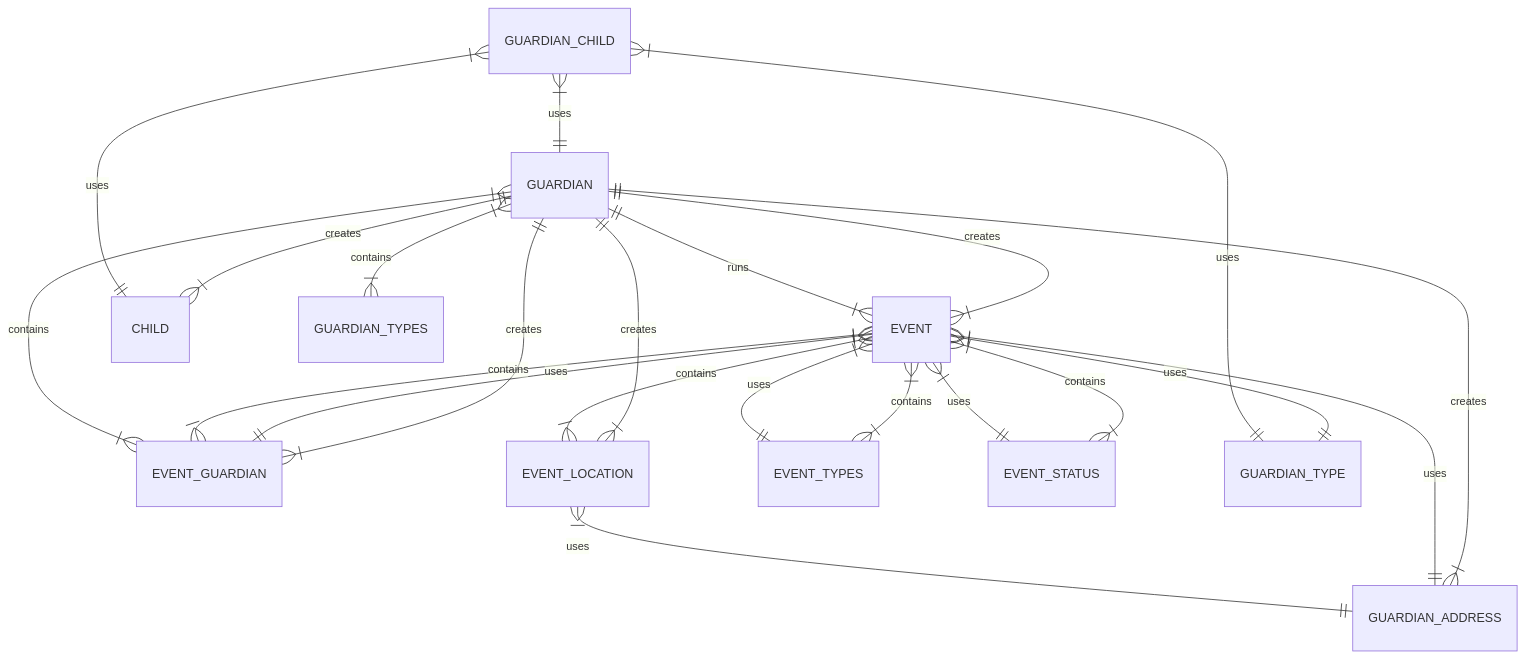
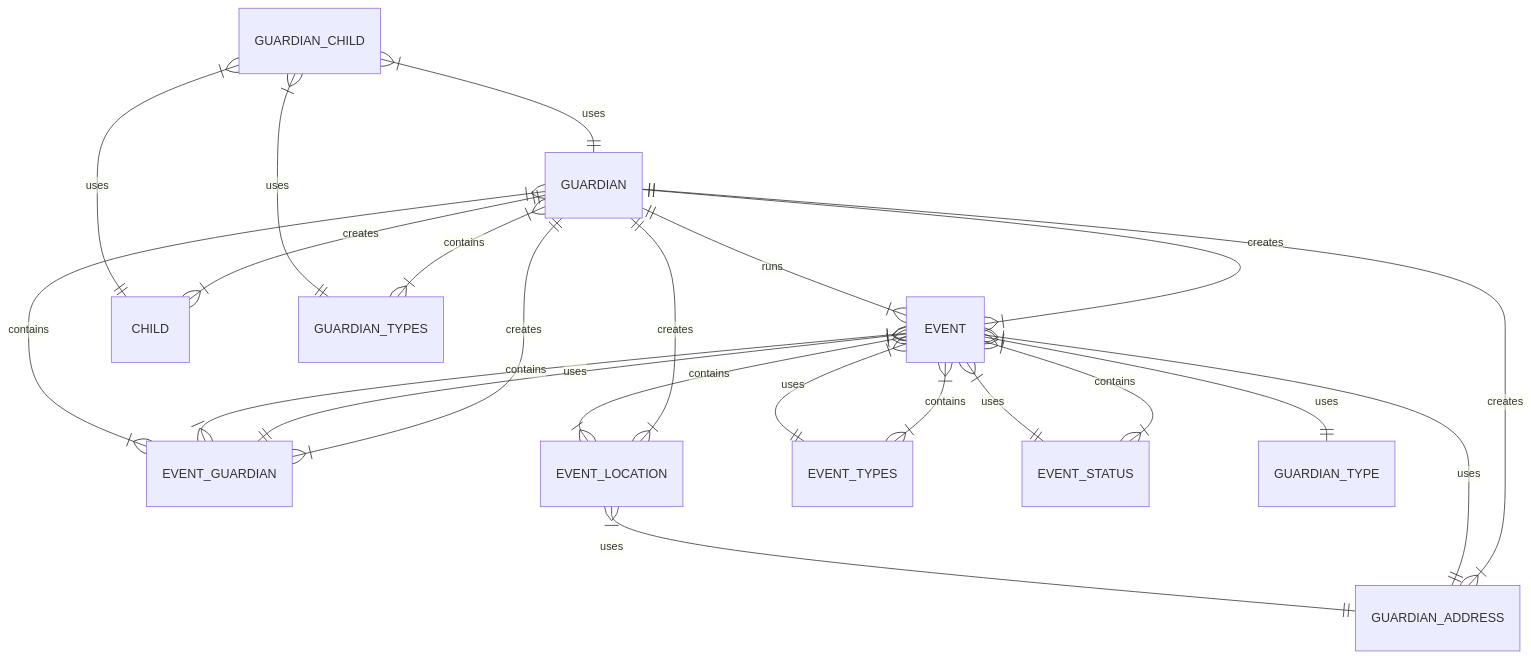
One commit to ChrisUno/Childcare changed the first of 2 diagrams in README.md. Above: the diagram before and after it, drawn with Mermaid. The commit also changed other lines of this file, not shown here.

````diff
--- a/README.md
+++ b/README.md
@@ -33,24 +33,24 @@
 ``` mermaid
 erDiagram
           GUARDIAN ||--|{ EVENT : "creates"
           GUARDIAN ||--|{ CHILD : "creates"
           GUARDIAN }|--|{ GUARDIAN_TYPES : "contains"
           GUARDIAN ||--|{ GUARDIAN_ADDRESS : "creates"
           GUARDIAN ||--|{ EVENT_GUARDIAN : "creates"
           GUARDIAN ||--|{ EVENT_LOCATION : "creates"
           EVENT }|--|{ EVENT_TYPES : "contains"
           EVENT }|--|{ EVENT_STATUS : "contains"
           EVENT }|--|| EVENT_GUARDIAN : "uses"
           EVENT }|--|{ EVENT_LOCATION : "contains"
           EVENT }|--|| EVENT_TYPES : "uses"
           EVENT }|--|| EVENT_STATUS : "uses"
           EVENT }|--|| GUARDIAN_ADDRESS : "uses"
           EVENT }|--|| GUARDIAN_TYPE : "uses"
           EVENT_LOCATION }|--|| GUARDIAN_ADDRESS : "uses"
           GUARDIAN_CHILD }|--|| GUARDIAN : "uses"
-          GUARDIAN_CHILD }|--|| GUARDIAN_TYPE : "uses"
+          GUARDIAN_CHILD }|--|| GUARDIAN_TYPES : "uses"
           GUARDIAN_CHILD }|--|| CHILD : "uses"
           EVENT_GUARDIAN }|--|{ EVENT : "contains"
           EVENT_GUARDIAN }|--|{ GUARDIAN : "contains"
           GUARDIAN ||--|{ EVENT : "runs"
 ```
````
